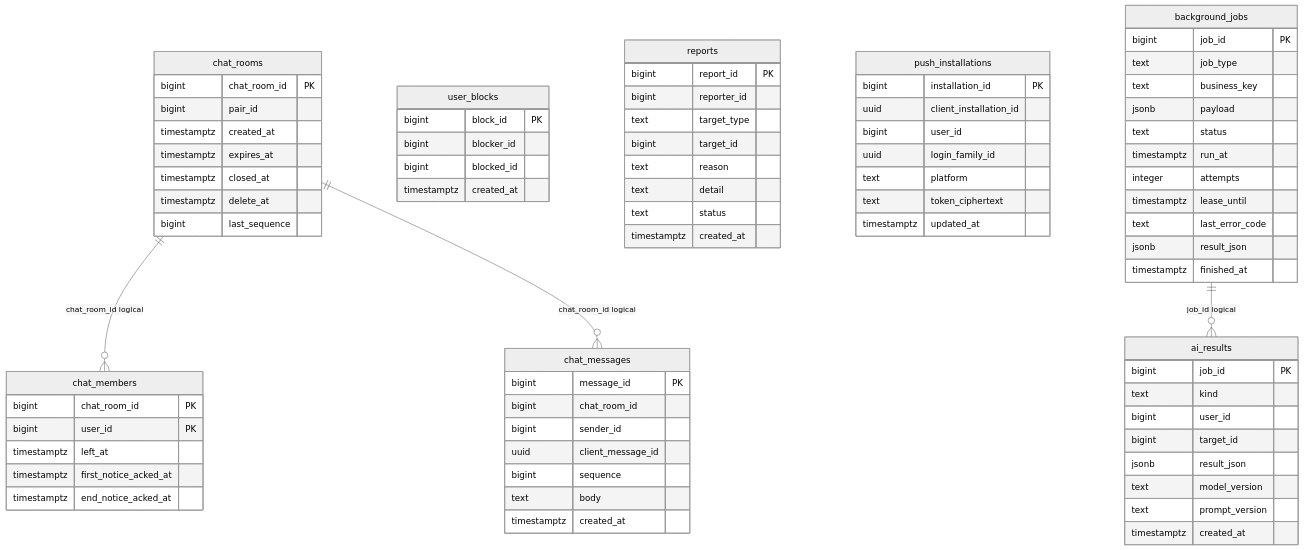
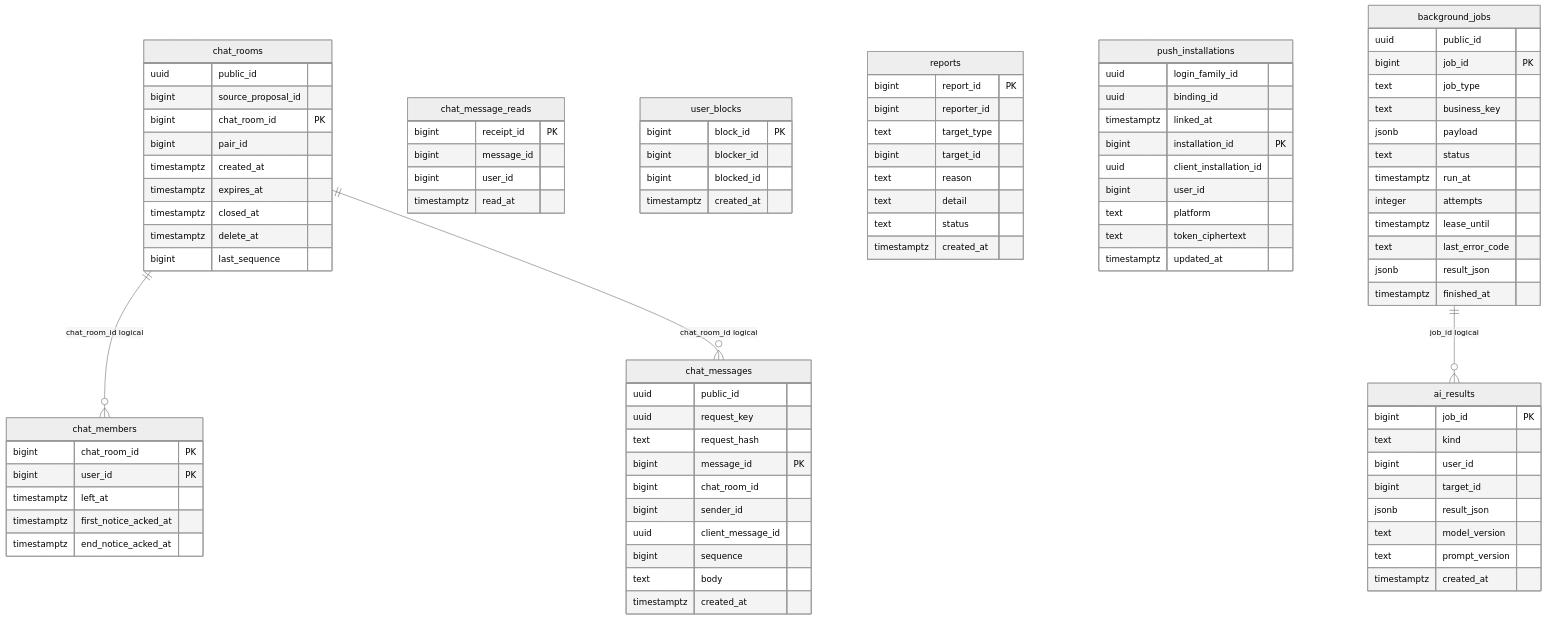
Before and after one commit to j-moo/Tingle: the fourth of 4 diagrams in docs/database/erd.md, drawn with Mermaid (neutral theme). The commit also changed other lines of this file and 122 other files, not shown here.

Commit message:
fix: 채팅 저장과 안내 연동 및 API와 ERD 정합화

````diff
--- a/docs/database/erd.md
+++ b/docs/database/erd.md
@@ -226,6 +230,8 @@
 ```mermaid
 erDiagram
     chat_rooms {
+        uuid public_id
+        bigint source_proposal_id
         bigint chat_room_id PK
         bigint pair_id
         timestamptz created_at
@@ -242,6 +248,9 @@
         timestamptz end_notice_acked_at
     }
     chat_messages {
+        uuid public_id
+        uuid request_key
+        text request_hash
         bigint message_id PK
         bigint chat_room_id
         bigint sender_id
@@ -249,6 +258,12 @@
         bigint sequence
         text body
         timestamptz created_at
+    }
+    chat_message_reads {
+        bigint receipt_id PK
+        bigint message_id
+        bigint user_id
+        timestamptz read_at
     }
     user_blocks {
         bigint block_id PK
@@ -277,15 +292,18 @@
         timestamptz created_at
     }
     push_installations {
+        uuid login_family_id
+        uuid binding_id
+        timestamptz linked_at
         bigint installation_id PK
         uuid client_installation_id
         bigint user_id
-        uuid login_family_id
         text platform
         text token_ciphertext
         timestamptz updated_at
     }
     background_jobs {
+        uuid public_id
         bigint job_id PK
         text job_type
         text business_key
````
